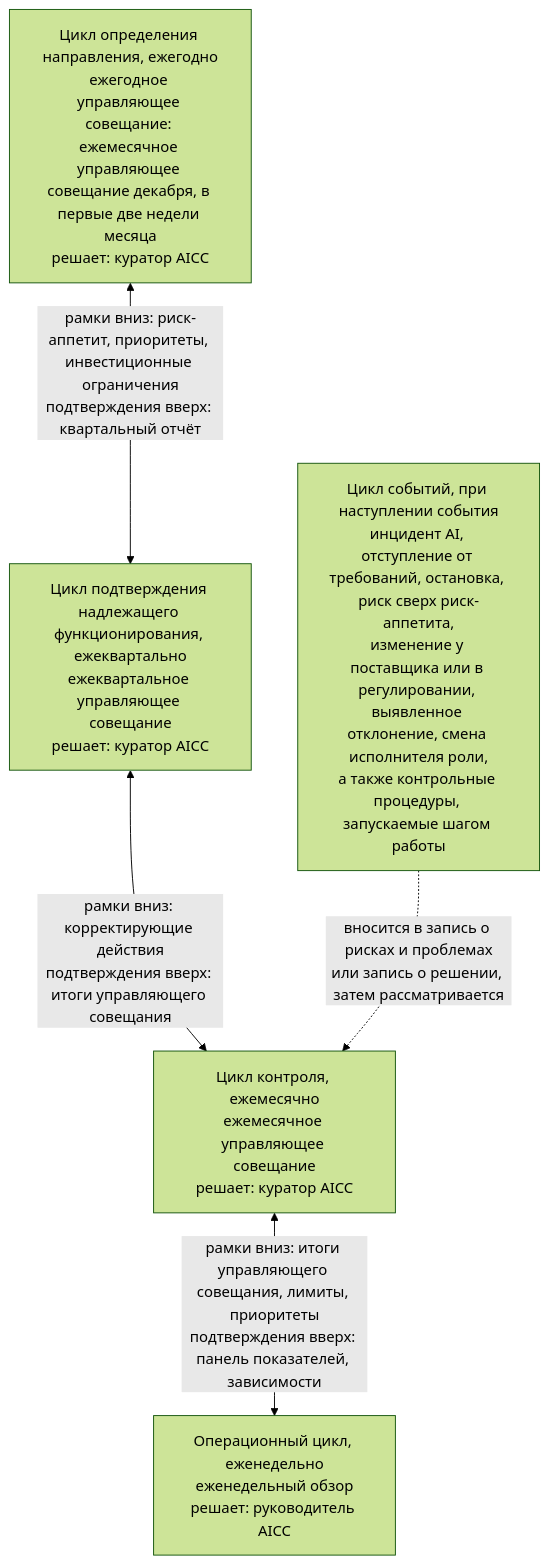
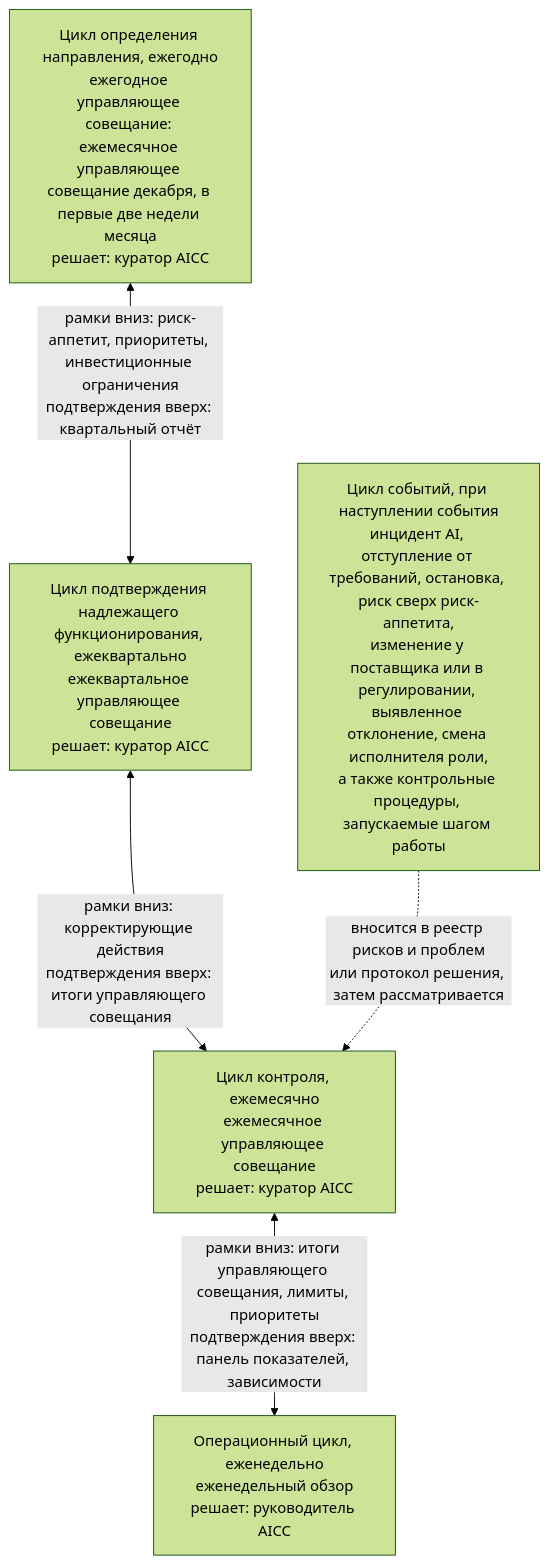
Before and after one commit to devhogu/ob-aicc: the first of 6 diagrams in charter/ru/workflows/unit-governance.md, drawn with Mermaid (forest theme). The commit also changed other lines of this file and 370 other files, not shown here.

````diff
--- a/charter/ru/workflows/unit-governance.md
+++ b/charter/ru/workflows/unit-governance.md
@@ -21,12 +21,12 @@
 ```mermaid
 flowchart TB
   DI["Цикл определения направления, ежегодно<br/>ежегодное управляющее совещание: ежемесячное управляющее совещание декабря, в первые две недели месяца<br/>решает: куратор AICC"]
   AS["Цикл подтверждения надлежащего функционирования, ежеквартально<br/>ежеквартальное управляющее совещание<br/>решает: куратор AICC"]
   CO["Цикл контроля, ежемесячно<br/>ежемесячное управляющее совещание<br/>решает: куратор AICC"]
   OP["Операционный цикл, еженедельно<br/>еженедельный обзор<br/>решает: руководитель AICC"]
   DI <-->|"рамки вниз: риск-аппетит, приоритеты, инвестиционные ограничения<br/>подтверждения вверх: квартальный отчёт"| AS
   AS <-->|"рамки вниз: корректирующие действия<br/>подтверждения вверх: итоги управляющего совещания"| CO
   CO <-->|"рамки вниз: итоги управляющего совещания, лимиты, приоритеты<br/>подтверждения вверх: панель показателей, зависимости"| OP
   EV["Цикл событий, при наступлении события<br/>инцидент AI, отступление от требований, остановка, риск сверх риск-аппетита,<br/>изменение у поставщика или в регулировании, выявленное отклонение, смена исполнителя роли,<br/>а также контрольные процедуры, запускаемые шагом работы"]
-  EV -.->|"вносится в запись о рисках и проблемах<br/>или запись о решении, затем рассматривается"| CO
+  EV -.->|"вносится в реестр рисков и проблем<br/>или протокол решения, затем рассматривается"| CO
 ```
````
